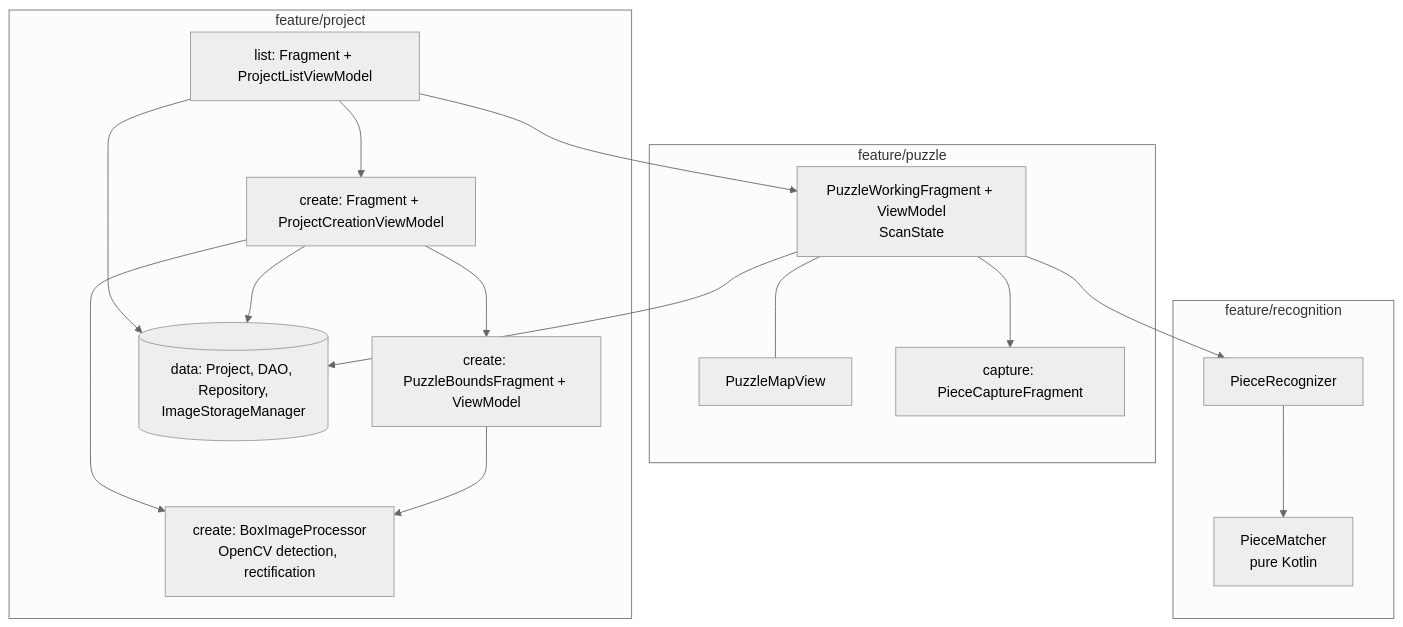
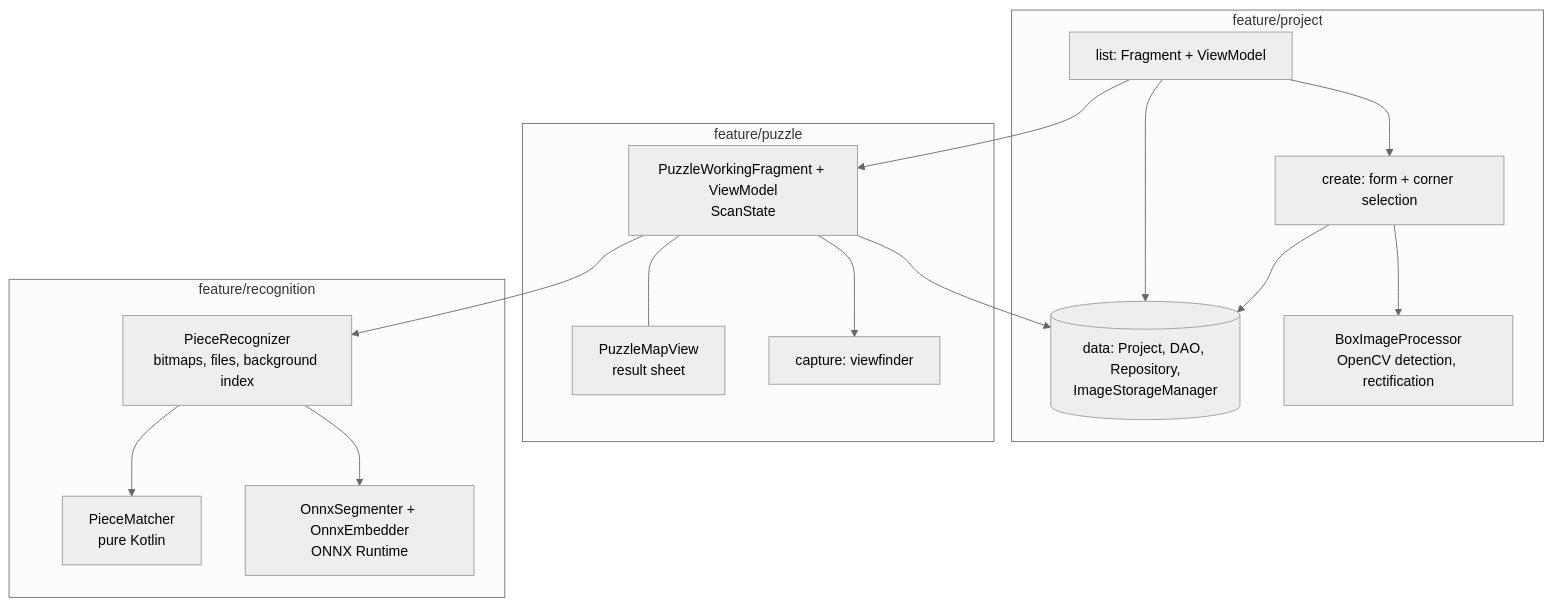
One commit to LilyanLefevre/PuzzleHelper changed the second of 3 diagrams in README.md. Above: the diagram before and after it, drawn with Mermaid (neutral theme). The commit also changed other lines of this file and 6 other files, not shown here.

Commit message:
docs: README with a demo gif, current screenshots, accuracy table and architecture diagrams

````diff
--- a/README.md
+++ b/README.md
@@ -57,23 +70,21 @@
 ```mermaid
 flowchart TB
   subgraph project[feature/project]
-    L[list: Fragment + ProjectListViewModel]
-    C[create: Fragment + ProjectCreationViewModel]
-    B[create: PuzzleBoundsFragment + ViewModel]
+    L[list: Fragment + ViewModel]
+    C[create: form + corner selection]
     D[(data: Project, DAO, Repository,<br/>ImageStorageManager)]
-    P[create: BoxImageProcessor<br/>OpenCV detection, rectification]
+    P[BoxImageProcessor<br/>OpenCV detection, rectification]
   end
   subgraph puzzle[feature/puzzle]
-    W[PuzzleWorkingFragment + ViewModel<br/>ScanState] --- M[PuzzleMapView]
-    K[capture: PieceCaptureFragment]
+    W[PuzzleWorkingFragment + ViewModel<br/>ScanState] --- M[PuzzleMapView<br/>result sheet]
+    K[capture: viewfinder]
   end
   subgraph recognition[feature/recognition]
-    R[PieceRecognizer] --> PM[PieceMatcher<br/>pure Kotlin]
+    R[PieceRecognizer<br/>bitmaps, files, background index] --> PM[PieceMatcher<br/>pure Kotlin]
+    R --> ON[OnnxSegmenter + OnnxEmbedder<br/>ONNX Runtime]
   end
   L --> W --> K
-  L --> C --> B
-  C --> P
-  B --> P
+  L --> C --> P
   L & C & W --> D
   W --> R
 ```
````
